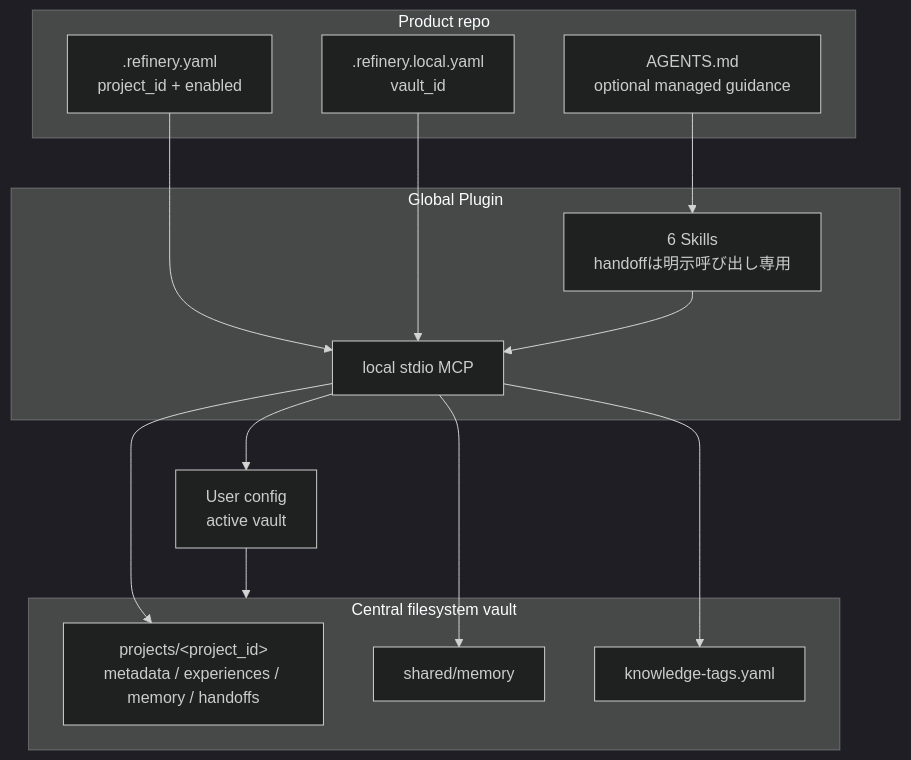
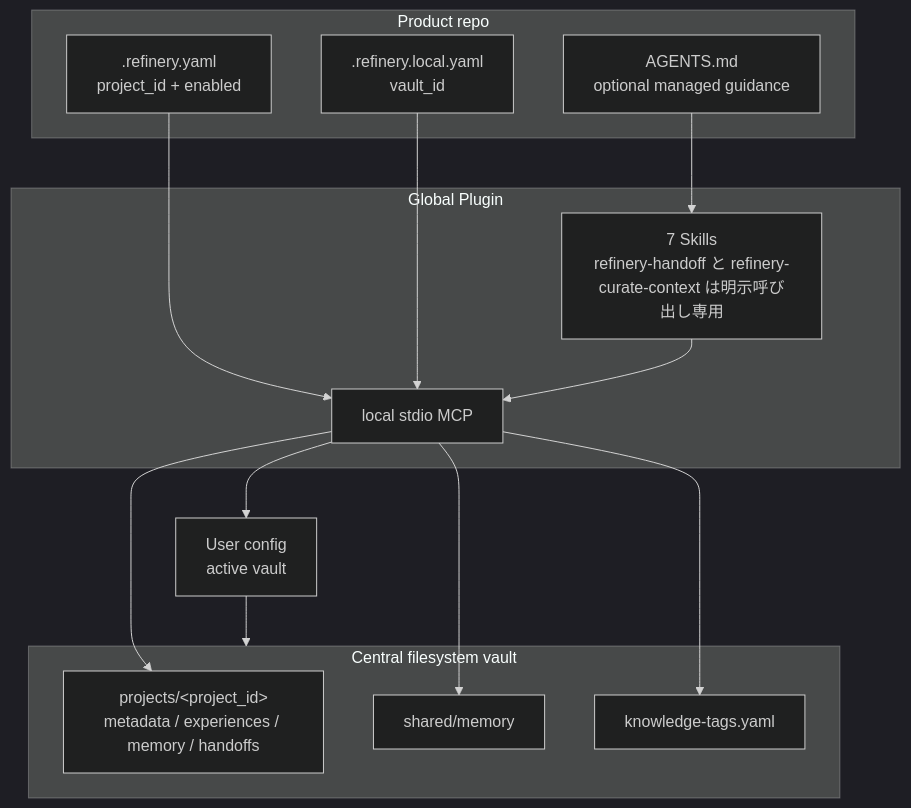
The diagram in docs/architecture.md (skanehira1126/knowledge-refinery), drawn with Mermaid (dark theme) before and after one commit. The commit also changed 13 other files, not shown here.

````diff
--- a/docs/architecture.md
+++ b/docs/architecture.md
@@ -6,31 +6,31 @@
 ```mermaid
 flowchart TB
     subgraph Repo["Product repo"]
         RC[".refinery.yaml<br/>project_id + enabled"]
         RL[".refinery.local.yaml<br/>vault_id"]
         AG["AGENTS.md<br/>optional managed guidance"]
     end
 
     subgraph Plugin["Global Plugin"]
-        SK["6 Skills<br/>handoffは明示呼び出し専用"]
+        SK["7 Skills<br/>refinery-handoff と refinery-curate-context は明示呼び出し専用"]
         MCP["local stdio MCP"]
     end
 
     CFG["User config<br/>active vault"]
 
     subgraph Vault["Central filesystem vault"]
         PM["projects/&lt;project_id&gt;<br/>metadata / experiences / memory / handoffs"]
         SM["shared/memory"]
         KT["knowledge-tags.yaml"]
     end
 
     AG --> SK
     RC --> MCP
     RL --> MCP
     SK --> MCP
     MCP --> CFG
     CFG --> Vault
     MCP --> PM
     MCP --> SM
     MCP --> KT
 ```
````
